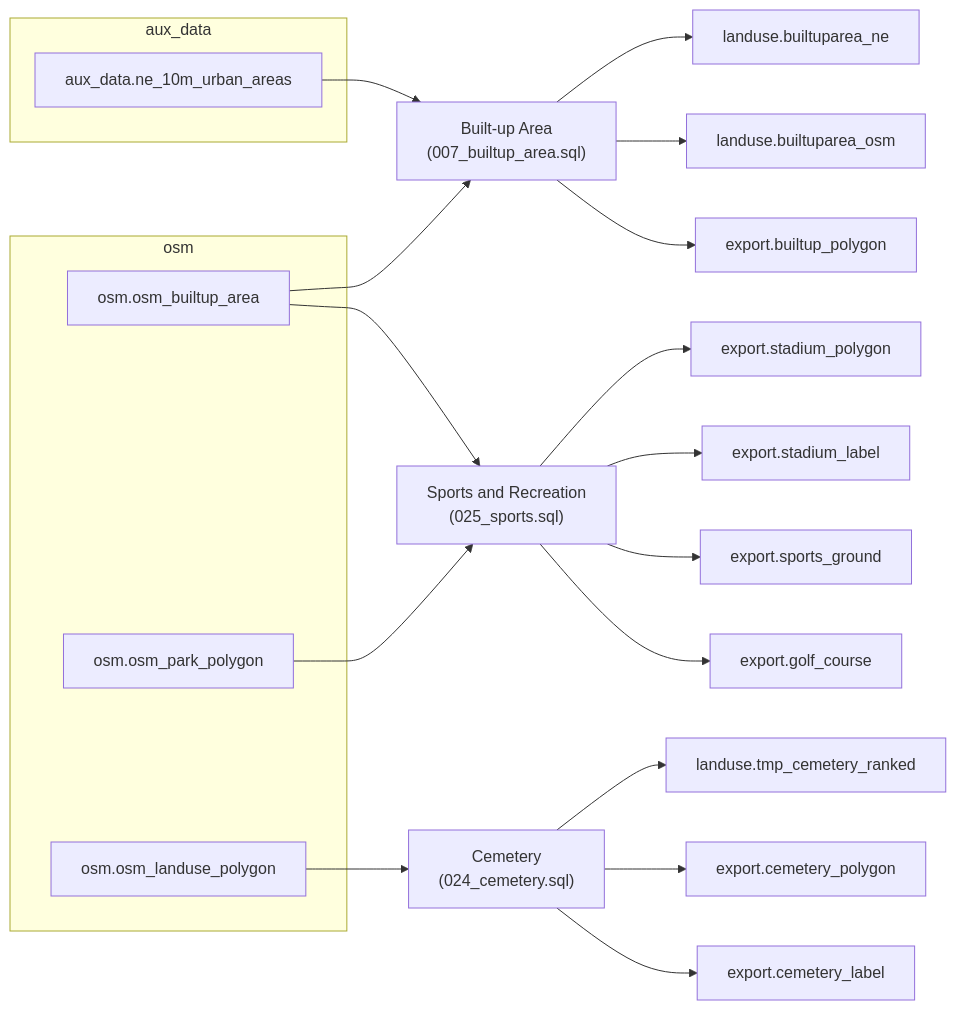
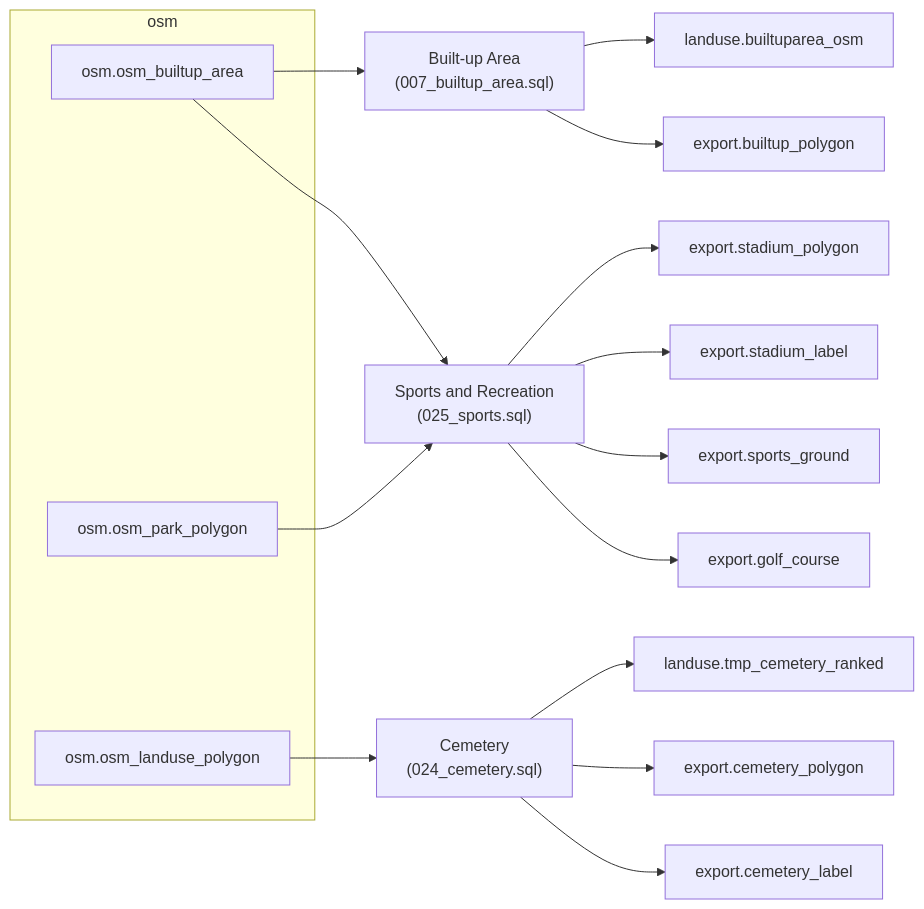
The seventh of 10 diagrams in docs/schema/database.md (ReleasableBasemapTiles/abt), drawn with Mermaid before and after one commit. The commit also changed other lines of this file and 5 other files, not shown here.

First line of the commit message:
feat(schema): drop Natural Earth urban areas from the pipeline

````diff
--- a/docs/schema/database.md
+++ b/docs/schema/database.md
@@ -388,39 +388,33 @@
 ```mermaid
 flowchart LR
     subgraph src_osm ["osm"]
         osm_osm_builtup_area["osm.osm_builtup_area"]
         osm_osm_landuse_polygon["osm.osm_landuse_polygon"]
         osm_osm_park_polygon["osm.osm_park_polygon"]
     end
-    subgraph src_aux ["aux_data"]
-        aux_data_ne_10m_urban_areas["aux_data.ne_10m_urban_areas"]
-    end
     script_007_builtup_area["Built-up Area<br/>(007_builtup_area.sql)"]
-    aux_data_ne_10m_urban_areas --> script_007_builtup_area
     osm_osm_builtup_area --> script_007_builtup_area
-    inter_landuse_builtuparea_ne["landuse.builtuparea_ne"]
-    script_007_builtup_area --> inter_landuse_builtuparea_ne
     inter_landuse_builtuparea_osm["landuse.builtuparea_osm"]
     script_007_builtup_area --> inter_landuse_builtuparea_osm
     export_builtup_polygon["export.builtup_polygon"]
     script_007_builtup_area --> export_builtup_polygon
     script_024_cemetery["Cemetery<br/>(024_cemetery.sql)"]
     osm_osm_landuse_polygon --> script_024_cemetery
     inter_landuse_tmp_cemetery_ranked["landuse.tmp_cemetery_ranked"]
     script_024_cemetery --> inter_landuse_tmp_cemetery_ranked
     export_cemetery_polygon["export.cemetery_polygon"]
     script_024_cemetery --> export_cemetery_polygon
     export_cemetery_label["export.cemetery_label"]
     script_024_cemetery --> export_cemetery_label
     script_025_sports["Sports and Recreation<br/>(025_sports.sql)"]
     osm_osm_builtup_area --> script_025_sports
     osm_osm_park_polygon --> script_025_sports
     export_stadium_polygon["export.stadium_polygon"]
     script_025_sports --> export_stadium_polygon
     export_stadium_label["export.stadium_label"]
     script_025_sports --> export_stadium_label
     export_sports_ground["export.sports_ground"]
     script_025_sports --> export_sports_ground
     export_golf_course["export.golf_course"]
     script_025_sports --> export_golf_course
 ```
````
